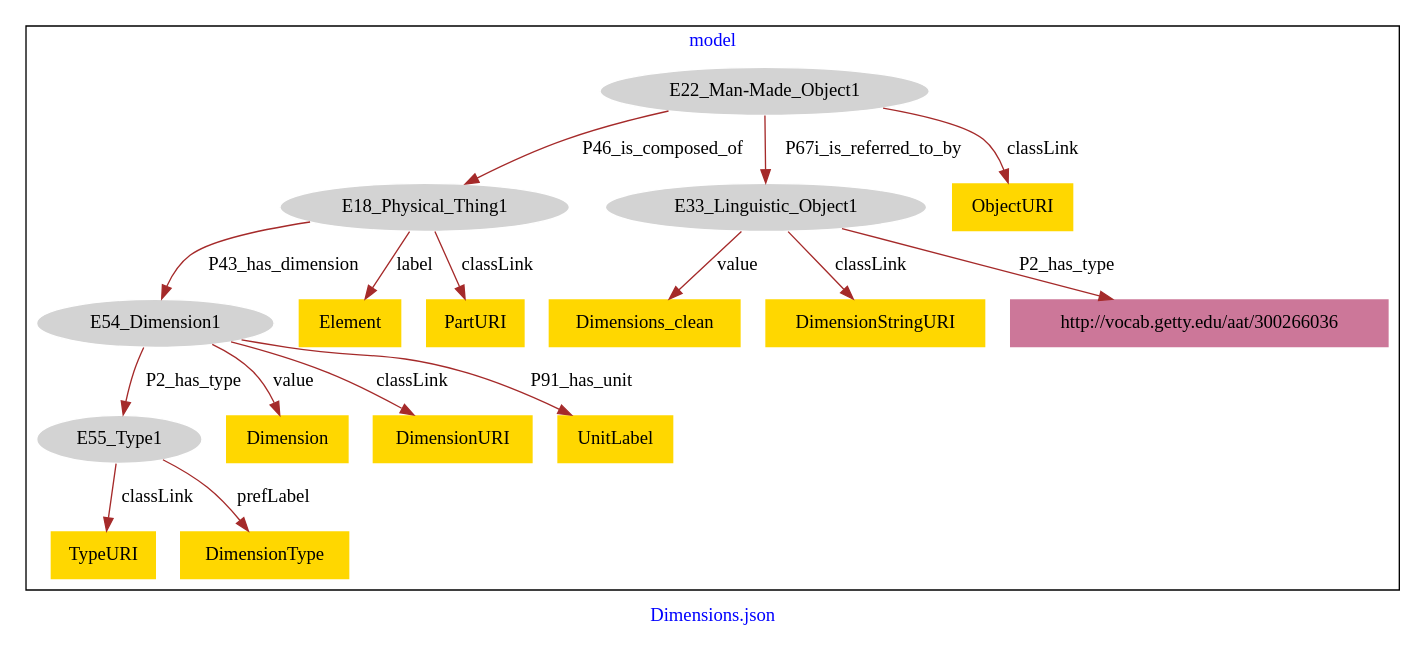
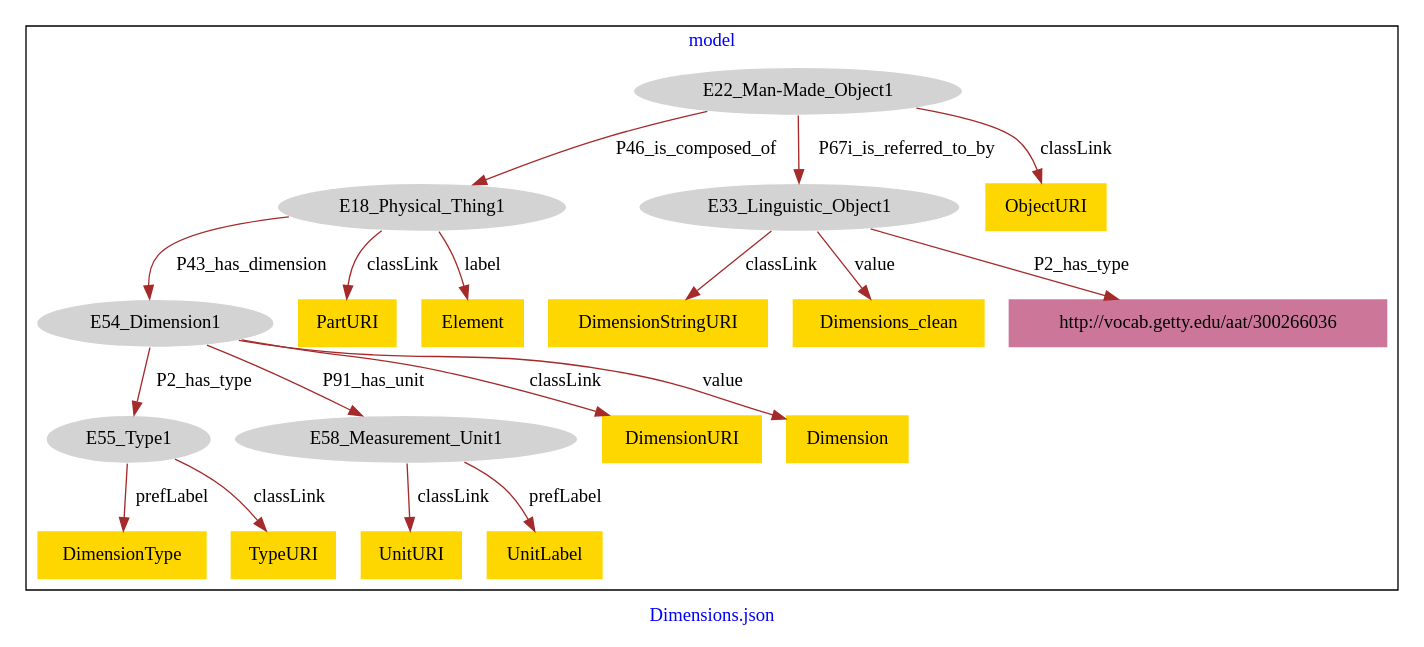
The diagram in Dimensions/Dimensions-model.dot (american-art/GM), drawn with Graphviz before and after one commit.

Commit message:
Update file Dimensions-model.dot

```diff
--- a/Dimensions/Dimensions-model.dot
+++ b/Dimensions/Dimensions-model.dot
@@ -1,39 +1,43 @@
 digraph n0 {
 fontcolor="blue"
 remincross="true"
 label="Dimensions.json"
 subgraph cluster {
 label="model"
 n2[style="filled",color="white",fillcolor="lightgray",label="E18_Physical_Thing1"];
 n3[style="filled",color="white",fillcolor="lightgray",label="E54_Dimension1"];
 n4[style="filled",color="white",fillcolor="lightgray",label="E22_Man-Made_Object1"];
 n5[style="filled",color="white",fillcolor="lightgray",label="E33_Linguistic_Object1"];
 n6[style="filled",color="white",fillcolor="lightgray",label="E55_Type1"];
-n7[shape="plaintext",style="filled",fillcolor="gold",label="Dimensions_clean"];
-n8[shape="plaintext",style="filled",fillcolor="gold",label="Element"];
-n9[shape="plaintext",style="filled",fillcolor="gold",label="Dimension"];
+n7[style="filled",color="white",fillcolor="lightgray",label="E58_Measurement_Unit1"];
+n8[shape="plaintext",style="filled",fillcolor="gold",label="PartURI"];
+n9[shape="plaintext",style="filled",fillcolor="gold",label="DimensionType"];
 n10[shape="plaintext",style="filled",fillcolor="gold",label="DimensionURI"];
-n11[shape="plaintext",style="filled",fillcolor="gold",label="PartURI"];
-n12[shape="plaintext",style="filled",fillcolor="gold",label="UnitLabel"];
-n13[shape="plaintext",style="filled",fillcolor="gold",label="ObjectURI"];
-n14[shape="plaintext",style="filled",fillcolor="gold",label="DimensionStringURI"];
-n15[shape="plaintext",style="filled",fillcolor="gold",label="TypeURI"];
-n16[shape="plaintext",style="filled",fillcolor="gold",label="DimensionType"];
-n17[shape="plaintext",style="filled",fillcolor="#CC7799",label="http://vocab.getty.edu/aat/300266036"];
+n11[shape="plaintext",style="filled",fillcolor="gold",label="TypeURI"];
+n12[shape="plaintext",style="filled",fillcolor="gold",label="ObjectURI"];
+n13[shape="plaintext",style="filled",fillcolor="gold",label="Element"];
+n14[shape="plaintext",style="filled",fillcolor="gold",label="Dimension"];
+n15[shape="plaintext",style="filled",fillcolor="gold",label="UnitURI"];
+n16[shape="plaintext",style="filled",fillcolor="gold",label="DimensionStringURI"];
+n17[shape="plaintext",style="filled",fillcolor="gold",label="UnitLabel"];
+n18[shape="plaintext",style="filled",fillcolor="gold",label="Dimensions_clean"];
+n19[shape="plaintext",style="filled",fillcolor="#CC7799",label="http://vocab.getty.edu/aat/300266036"];
 }
 n2 -> n3[color="brown",fontcolor="black",label="P43_has_dimension"]
 n4 -> n2[color="brown",fontcolor="black",label="P46_is_composed_of"]
 n4 -> n5[color="brown",fontcolor="black",label="P67i_is_referred_to_by"]
 n3 -> n6[color="brown",fontcolor="black",label="P2_has_type"]
-n5 -> n7[color="brown",fontcolor="black",label="value"]
-n2 -> n8[color="brown",fontcolor="black",label="label"]
-n3 -> n9[color="brown",fontcolor="black",label="value"]
+n3 -> n7[color="brown",fontcolor="black",label="P91_has_unit"]
+n2 -> n8[color="brown",fontcolor="black",label="classLink"]
+n6 -> n9[color="brown",fontcolor="black",label="prefLabel"]
 n3 -> n10[color="brown",fontcolor="black",label="classLink"]
-n2 -> n11[color="brown",fontcolor="black",label="classLink"]
-n3 -> n12[color="brown",fontcolor="black",label="P91_has_unit"]
-n4 -> n13[color="brown",fontcolor="black",label="classLink"]
-n5 -> n14[color="brown",fontcolor="black",label="classLink"]
-n6 -> n15[color="brown",fontcolor="black",label="classLink"]
-n6 -> n16[color="brown",fontcolor="black",label="prefLabel"]
-n5 -> n17[color="brown",fontcolor="black",label="P2_has_type"]
+n6 -> n11[color="brown",fontcolor="black",label="classLink"]
+n4 -> n12[color="brown",fontcolor="black",label="classLink"]
+n2 -> n13[color="brown",fontcolor="black",label="label"]
+n3 -> n14[color="brown",fontcolor="black",label="value"]
+n7 -> n15[color="brown",fontcolor="black",label="classLink"]
+n5 -> n16[color="brown",fontcolor="black",label="classLink"]
+n7 -> n17[color="brown",fontcolor="black",label="prefLabel"]
+n5 -> n18[color="brown",fontcolor="black",label="value"]
+n5 -> n19[color="brown",fontcolor="black",label="P2_has_type"]
 }
```
